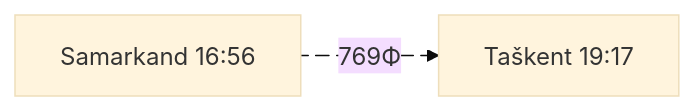
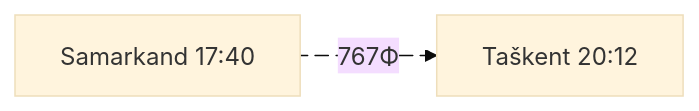
One commit to BeranekP/BeranekP.github.io changed the sixth of 7 diagrams in content/travel/Uzbekistan/uzbekistan.md. Above: the diagram before and after it, drawn with Mermaid (base theme). The commit also changed other lines of this file, not shown here.

````diff
--- a/content/travel/Uzbekistan/uzbekistan.md
+++ b/content/travel/Uzbekistan/uzbekistan.md
@@ -229,6 +230,6 @@
 ```mermaid
 flowchart LR
-    Samarkand["Samarkand 16:56"] e1@-->|769Ф| Taškent["Taškent	19:17"]
+    Samarkand["Samarkand 17:40"] e1@-->|767Ф| Taškent["Taškent	20:12"]
 
     e1@{ animation: fast }
 ```
````
